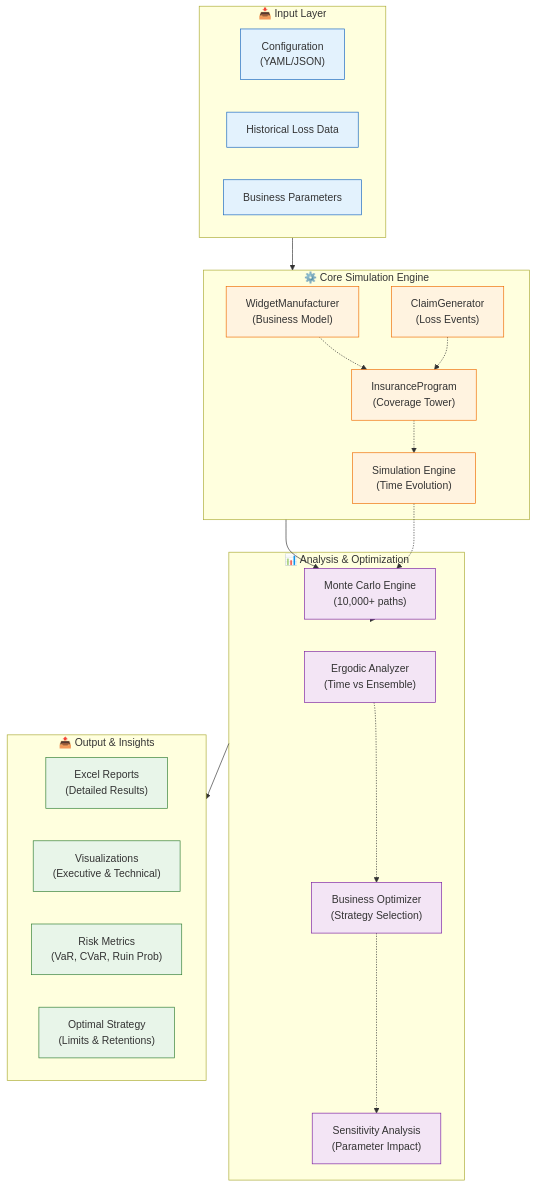
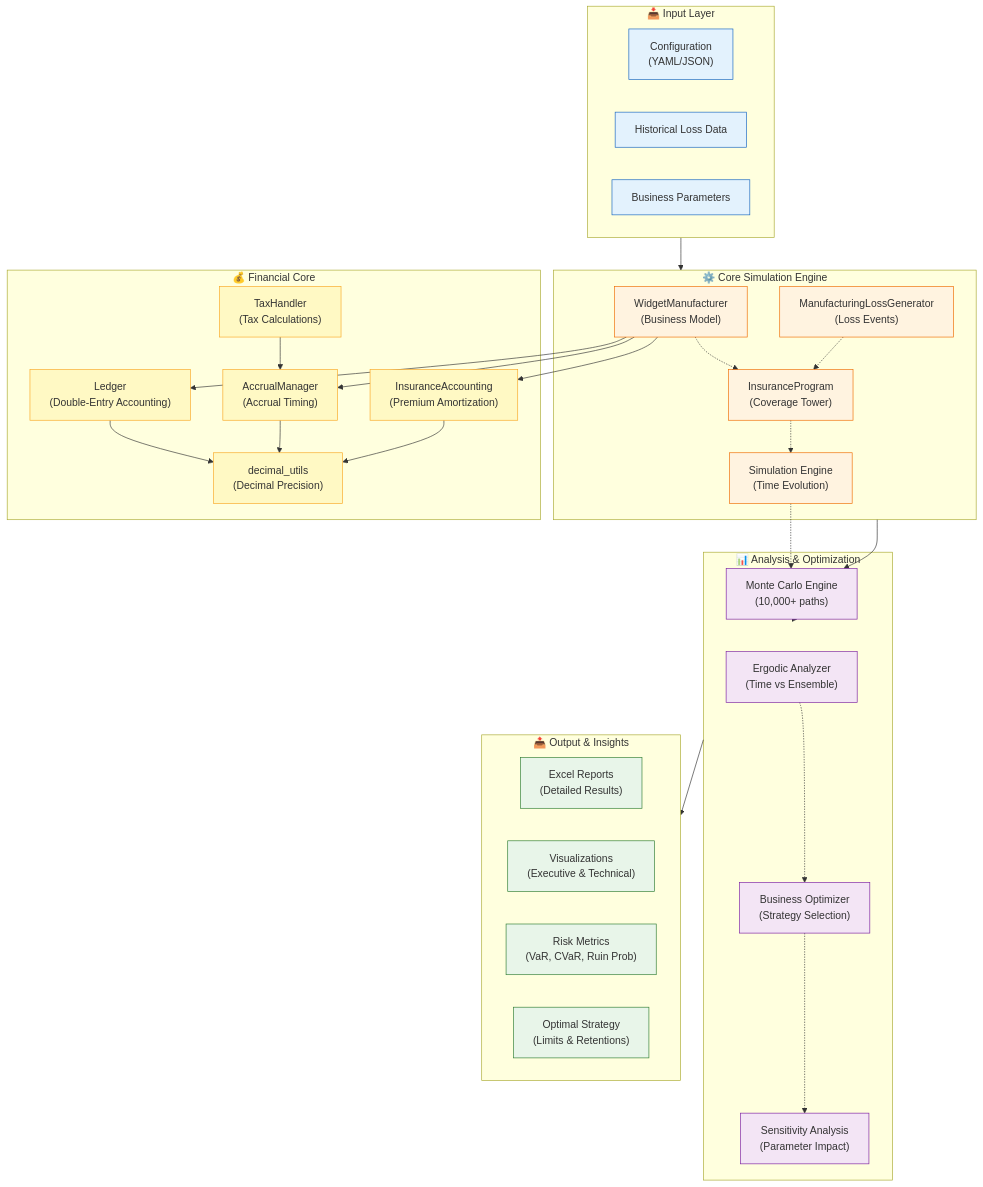
The second of 6 diagrams in ergodic_insurance/docs/architecture/context_diagram.md (AlexFiliakov/Ergodic-Insurance-Limits), drawn with Mermaid before and after one commit. The commit also changed other lines of this file and 14 other files, not shown here.

First line of the commit message:
docs: Update and expand Mermaid architecture diagrams (#185) (#341)

````diff
--- a/ergodic_insurance/docs/architecture/context_diagram.md
+++ b/ergodic_insurance/docs/architecture/context_diagram.md
@@ -39,57 +39,77 @@
 ```{mermaid}
 graph TB
        %% Input Layer
        subgraph Inputs["📥 Input Layer"]
            CONF["Configuration<br/>(YAML/JSON)"]
            HIST["Historical Loss Data"]
            PARAMS["Business Parameters"]
        end
 
        %% Core Simulation
        subgraph Core["⚙️ Core Simulation Engine"]
            MANU["WidgetManufacturer<br/>(Business Model)"]
-           CLAIM["ClaimGenerator<br/>(Loss Events)"]
+           LOSSG["ManufacturingLossGenerator<br/>(Loss Events)"]
            INS["InsuranceProgram<br/>(Coverage Tower)"]
            SIM["Simulation Engine<br/>(Time Evolution)"]
+       end
+
+       %% Financial Core
+       subgraph Financial["💰 Financial Core"]
+           LEDGER["Ledger<br/>(Double-Entry Accounting)"]
+           ACCRUAL["AccrualManager<br/>(Accrual Timing)"]
+           INSACCT["InsuranceAccounting<br/>(Premium Amortization)"]
+           TAXH["TaxHandler<br/>(Tax Calculations)"]
+           DECUTIL["decimal_utils<br/>(Decimal Precision)"]
        end
 
        %% Analysis Layer
        subgraph Analysis["📊 Analysis & Optimization"]
            MONTE["Monte Carlo Engine<br/>(10,000+ paths)"]
            ERGODIC["Ergodic Analyzer<br/>(Time vs Ensemble)"]
            OPT["Business Optimizer<br/>(Strategy Selection)"]
            SENS["Sensitivity Analysis<br/>(Parameter Impact)"]
        end
 
        %% Output Layer
        subgraph Outputs["📤 Output & Insights"]
            EXCEL["Excel Reports<br/>(Detailed Results)"]
            VIZ["Visualizations<br/>(Executive & Technical)"]
            METRICS["Risk Metrics<br/>(VaR, CVaR, Ruin Prob)"]
            STRATEGY["Optimal Strategy<br/>(Limits & Retentions)"]
        end
 
        %% Data Flow
        Inputs --> Core
        Core --> MONTE
        MONTE --> Analysis
        Analysis --> Outputs
 
        %% Key Connections
        MANU -.-> INS
-       CLAIM -.-> INS
+       LOSSG -.-> INS
        INS -.-> SIM
        SIM -.-> MONTE
        ERGODIC -.-> OPT
        OPT -.-> SENS
 
+       %% Financial Core Connections
+       MANU --> LEDGER
+       MANU --> ACCRUAL
+       MANU --> INSACCT
+       TAXH --> ACCRUAL
+       LEDGER --> DECUTIL
+       ACCRUAL --> DECUTIL
+       INSACCT --> DECUTIL
+
        classDef inputClass fill:#e3f2fd,stroke:#1565c0
        classDef coreClass fill:#fff3e0,stroke:#ef6c00
+       classDef financialClass fill:#fff9c4,stroke:#f9a825
        classDef analysisClass fill:#f3e5f5,stroke:#7b1fa2
        classDef outputClass fill:#e8f5e9,stroke:#2e7d32
 
        class CONF,HIST,PARAMS inputClass
-       class MANU,CLAIM,INS,SIM coreClass
+       class MANU,LOSSG,INS,SIM coreClass
+       class LEDGER,ACCRUAL,INSACCT,TAXH,DECUTIL financialClass
        class MONTE,ERGODIC,OPT,SENS analysisClass
        class EXCEL,VIZ,METRICS,STRATEGY outputClass
 ```
````
